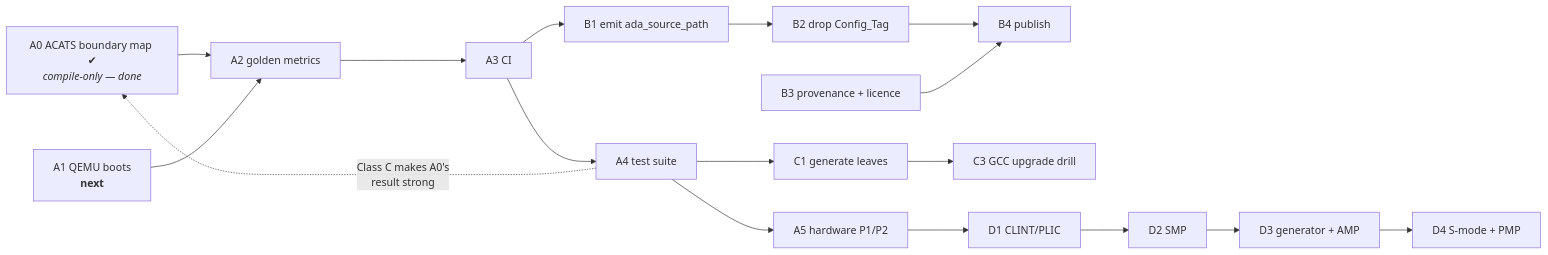
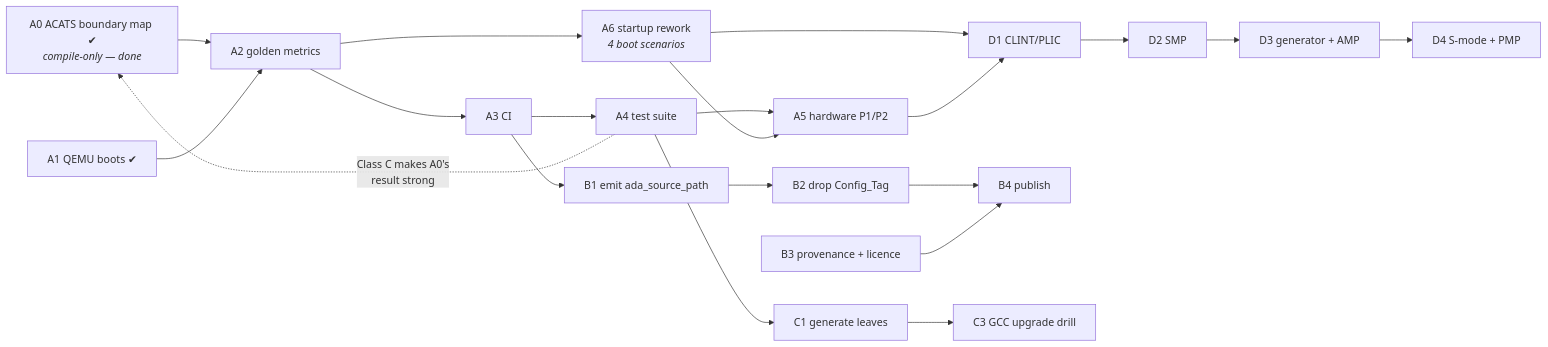
One commit to ThyMYthOS/ada-machine changed the diagram in RTS-PRODUCTION.md. Above: the diagram before and after it, drawn with Mermaid. The commit also changed other lines of this file, not shown here.

````diff
--- a/RTS-PRODUCTION.md
+++ b/RTS-PRODUCTION.md
@@ -266,10 +300,12 @@
 ```mermaid
 graph LR
     A0["A0 ACATS boundary map ✔<br/><i>compile-only — done</i>"] --> A2["A2 golden metrics"]
-    A1["A1 QEMU boots<br/><b>next</b>"] --> A2 --> A3["A3 CI"] --> A4["A4 test suite"] --> A5["A5 hardware P1/P2"]
+    A1["A1 QEMU boots ✔"] --> A2 --> A3["A3 CI"] --> A4["A4 test suite"] --> A5["A5 hardware P1/P2"]
+    A2 --> A6["A6 startup rework<br/><i>4 boot scenarios</i>"] --> A5
+    A6 --> D1
     A3 --> B1["B1 emit ada_source_path"] --> B2["B2 drop Config_Tag"] --> B4["B4 publish"]
     B3["B3 provenance + licence"] --> B4
     A4 --> C1["C1 generate leaves"] --> C3["C3 GCC upgrade drill"]
     A5 --> D1["D1 CLINT/PLIC"] --> D2["D2 SMP"] --> D3["D3 generator + AMP"] --> D4["D4 S-mode + PMP"]
     A4 -.->|"Class C makes A0's<br/>result strong"| A0
 ```
````
